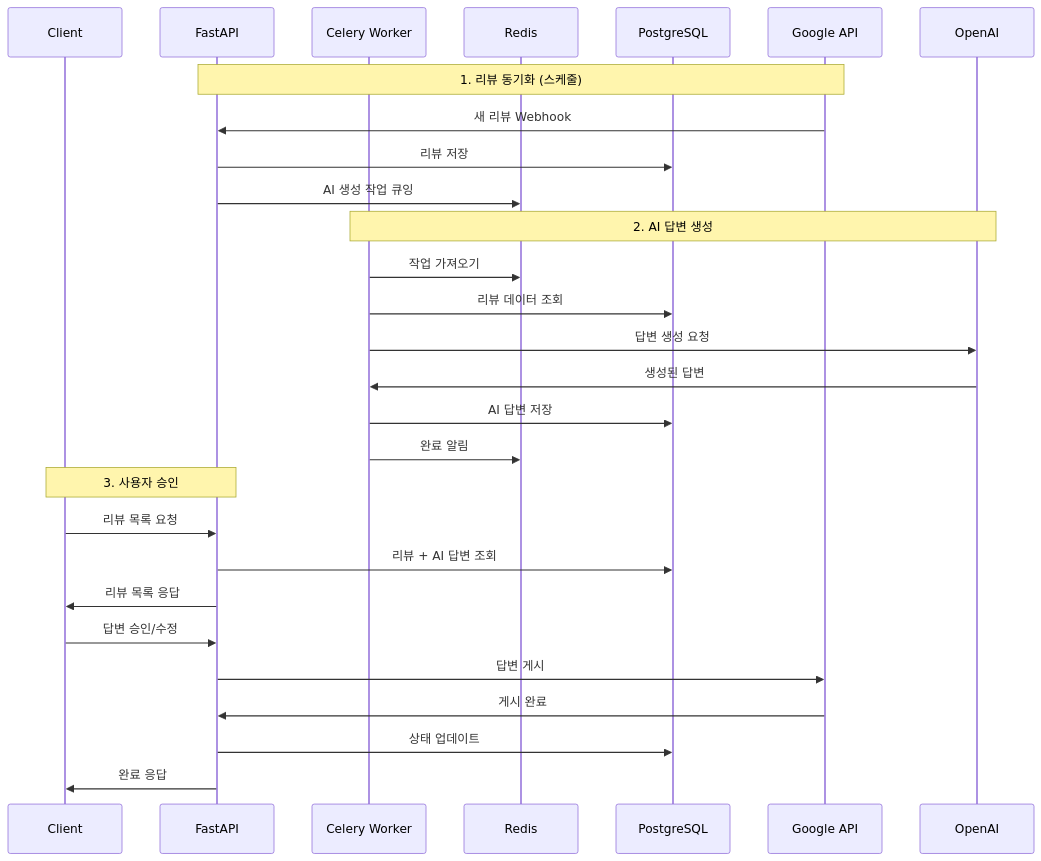
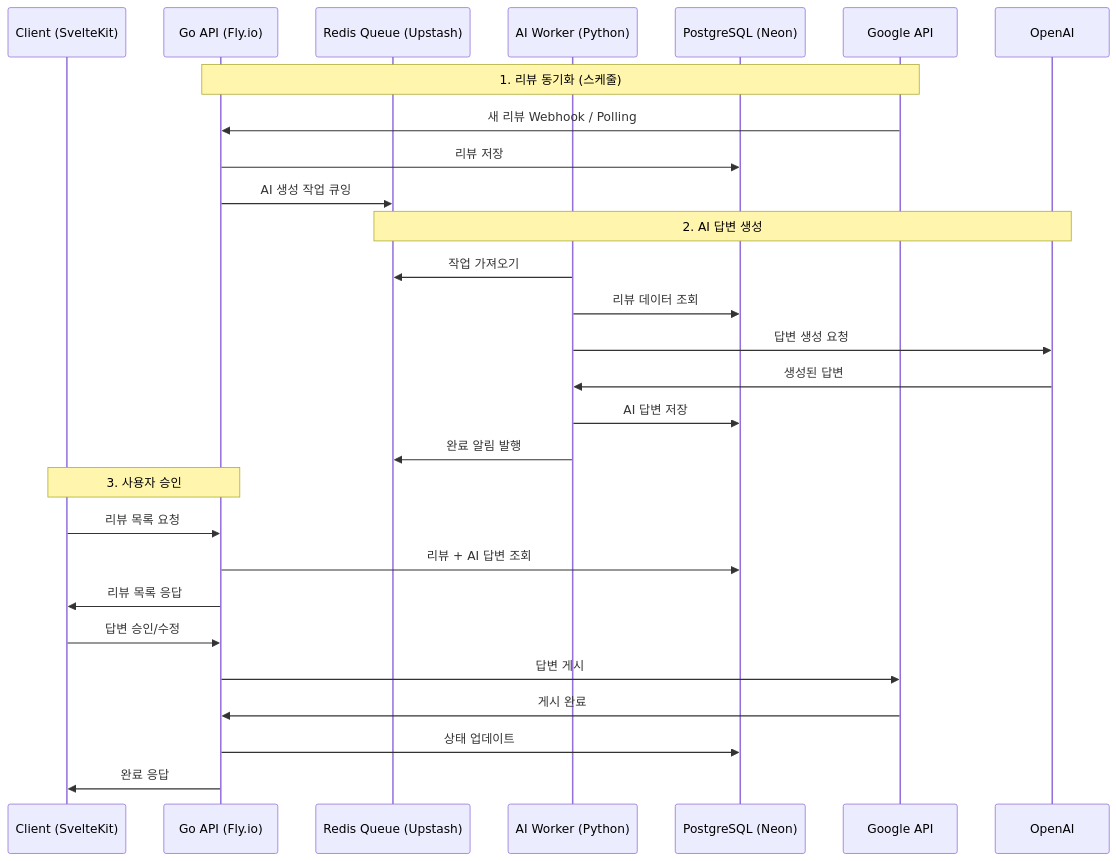
Before and after one commit to Prometheus-P/salon-mate: the third of 7 diagrams in docs/specs/ARCHITECTURE.md, drawn with Mermaid. The commit also changed other lines of this file and 30 other files, not shown here.

First line of the commit message:
feat: migrate tech stack to SvelteKit + Go + Python

````diff
--- a/docs/specs/ARCHITECTURE.md
+++ b/docs/specs/ARCHITECTURE.md
@@ -433,34 +474,34 @@
 ```mermaid
 sequenceDiagram
-    participant C as Client
-    participant API as FastAPI
-    participant W as Celery Worker
-    participant R as Redis
-    participant DB as PostgreSQL
+    participant C as Client (SvelteKit)
+    participant API as Go API (Fly.io)
+    participant Q as Redis Queue (Upstash)
+    participant AI as AI Worker (Python)
+    participant DB as PostgreSQL (Neon)
     participant G as Google API
-    participant AI as OpenAI
+    participant LLM as OpenAI
 
     Note over G,API: 1. 리뷰 동기화 (스케줄)
-    G->>API: 새 리뷰 Webhook
+    G->>API: 새 리뷰 Webhook / Polling
     API->>DB: 리뷰 저장
-    API->>R: AI 생성 작업 큐잉
+    API->>Q: AI 생성 작업 큐잉
 
-    Note over W,AI: 2. AI 답변 생성
-    W->>R: 작업 가져오기
-    W->>DB: 리뷰 데이터 조회
-    W->>AI: 답변 생성 요청
-    AI->>W: 생성된 답변
-    W->>DB: AI 답변 저장
-    W->>R: 완료 알림
+    Note over Q,LLM: 2. AI 답변 생성
+    AI->>Q: 작업 가져오기
+    AI->>DB: 리뷰 데이터 조회
+    AI->>LLM: 답변 생성 요청
+    LLM->>AI: 생성된 답변
+    AI->>DB: AI 답변 저장
+    AI->>Q: 완료 알림 발행
 
     Note over C,API: 3. 사용자 승인
     C->>API: 리뷰 목록 요청
     API->>DB: 리뷰 + AI 답변 조회
     API->>C: 리뷰 목록 응답
 
     C->>API: 답변 승인/수정
     API->>G: 답변 게시
     G->>API: 게시 완료
     API->>DB: 상태 업데이트
     API->>C: 완료 응답
 ```
````
